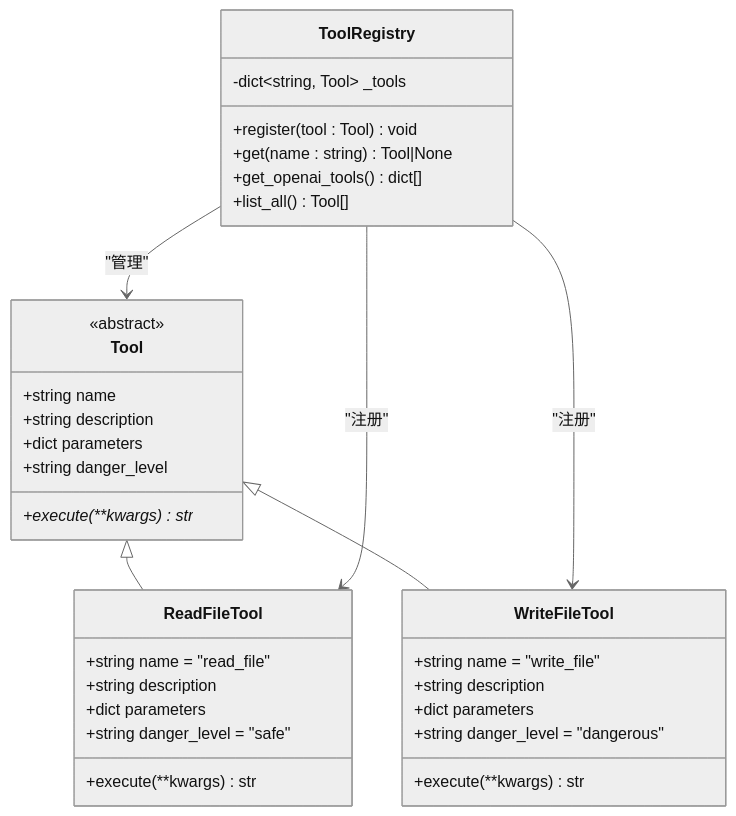
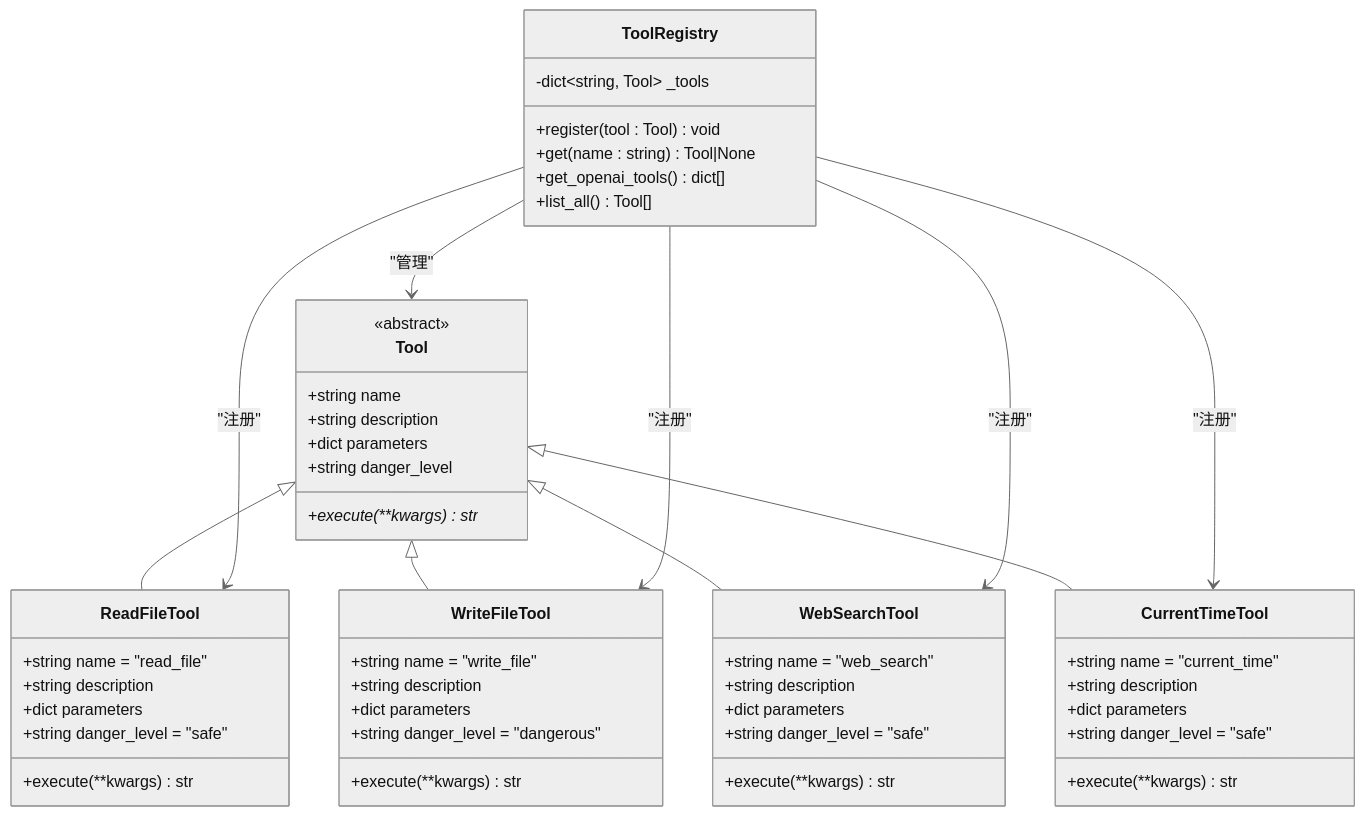
One commit to 250shiwo/MySmallAgent changed the third of 9 diagrams in .qoder/repowiki/zh/content/扩展开发/扩展开发.md. Above: the diagram before and after it, drawn with Mermaid (neutral theme). The commit also changed other lines of this file and 34 other files, not shown here.

````diff
--- a/.qoder/repowiki/zh/content/扩展开发/扩展开发.md
+++ b/.qoder/repowiki/zh/content/扩展开发/扩展开发.md
@@ -105,37 +141,55 @@
 ```mermaid
 classDiagram
 class Tool {
 <<abstract>>
 +string name
 +string description
 +dict parameters
 +string danger_level
 +execute(**kwargs) str*
 }
 class ToolRegistry {
 -dict~string, Tool~ _tools
 +register(tool : Tool) void
 +get(name : string) Tool|None
 +get_openai_tools() dict[]
 +list_all() Tool[]
 }
 class ReadFileTool {
 +string name = "read_file"
 +string description
 +dict parameters
 +string danger_level = "safe"
 +execute(**kwargs) str
 }
 class WriteFileTool {
 +string name = "write_file"
 +string description
 +dict parameters
 +string danger_level = "dangerous"
 +execute(**kwargs) str
 }
+class WebSearchTool {
++string name = "web_search"
++string description
++dict parameters
++string danger_level = "safe"
++execute(**kwargs) str
+}
+class CurrentTimeTool {
++string name = "current_time"
++string description
++dict parameters
++string danger_level = "safe"
++execute(**kwargs) str
+}
 Tool <|-- ReadFileTool
 Tool <|-- WriteFileTool
+Tool <|-- WebSearchTool
+Tool <|-- CurrentTimeTool
 ToolRegistry --> Tool : "管理"
 ToolRegistry --> ReadFileTool : "注册"
 ToolRegistry --> WriteFileTool : "注册"
+ToolRegistry --> WebSearchTool : "注册"
+ToolRegistry --> CurrentTimeTool : "注册"
 ```
````
